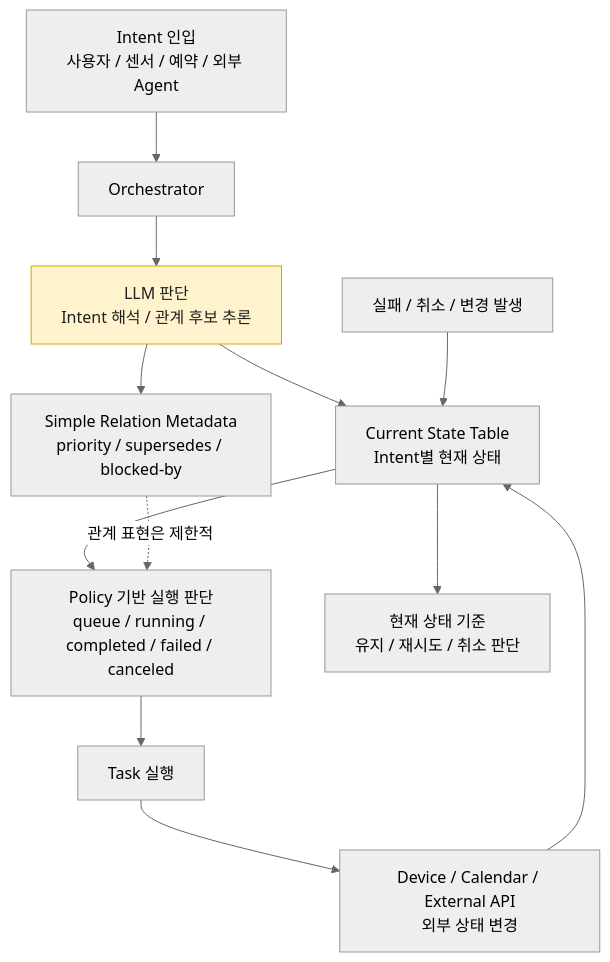
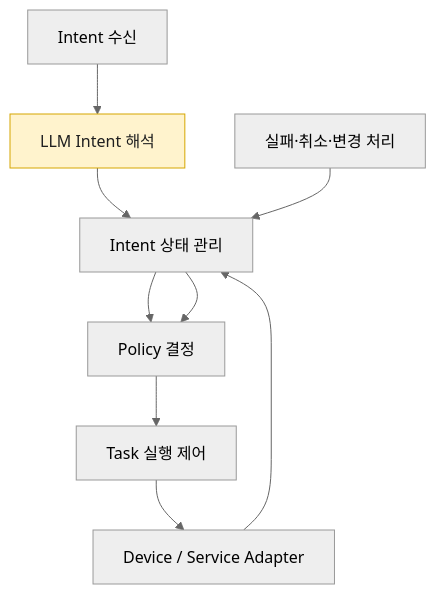
Before and after one commit to Sunwoo-Nam/architect-teamproject: the first of 2 diagrams in docs/DP 후보안/DP11-Intent 실행 흐름의 상태 모델링 및 변경·복구 범위 관리 방식.md, drawn with Mermaid (neutral theme). The commit also changed other lines of this file and 1 other file, not shown here.

````diff
--- a/docs/DP 후보안/DP11-Intent 실행 흐름의 상태 모델링 및 변경·복구 범위 관리 방식.md
+++ b/docs/DP 후보안/DP11-Intent 실행 흐름의 상태 모델링 및 변경·복구 범위 관리 방식.md
@@ -42,22 +42,16 @@
 ```mermaid
 flowchart TB
     classDef llm fill:#fff3cd,stroke:#d6a600,color:#1f1f1f
 
-    I["Intent 인입<br/>사용자 / 센서 / 예약 / 외부 Agent"] --> O["Orchestrator"]
+    A["Intent 수신"] --> B["LLM Intent 해석"]
+    B --> C["Intent 상태 관리"]
+    C --> D["Policy 결정"]
+    D --> E["Task 실행 제어"]
+    E --> F["Device / Service Adapter"]
+    F --> C
 
-    O --> LLM["LLM 판단<br/>Intent 해석 / 관계 후보 추론"]
-    LLM --> ST["Current State Table<br/>Intent별 현재 상태"]
-    LLM --> RM["Simple Relation Metadata<br/>priority / supersedes / blocked-by"]
+    G["실패·취소·변경 처리"] --> C
+    C --> D
 
-    ST --> D["Policy 기반 실행 판단<br/>queue / running / completed / failed / canceled"]
-    RM -. "관계 표현은 제한적" .-> D
-
-    D --> T["Task 실행"]
-    T --> E["Device / Calendar / External API<br/>외부 상태 변경"]
-
-    E --> ST
-    F["실패 / 취소 / 변경 발생"] --> ST
-    ST --> R["현재 상태 기준<br/>유지 / 재시도 / 취소 판단"]
-
-    class LLM llm
+    class B llm
 ```
````
